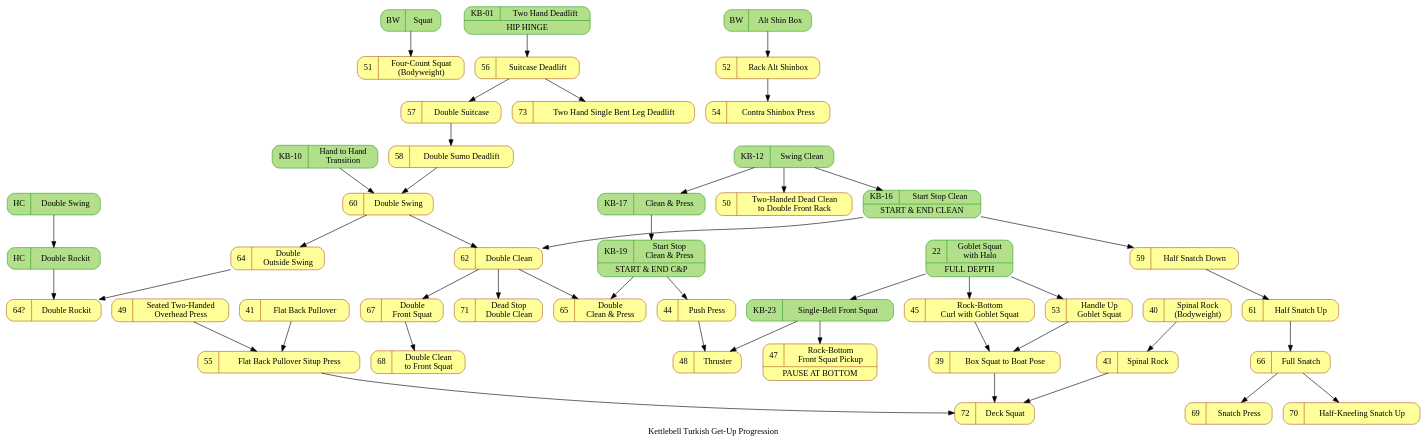
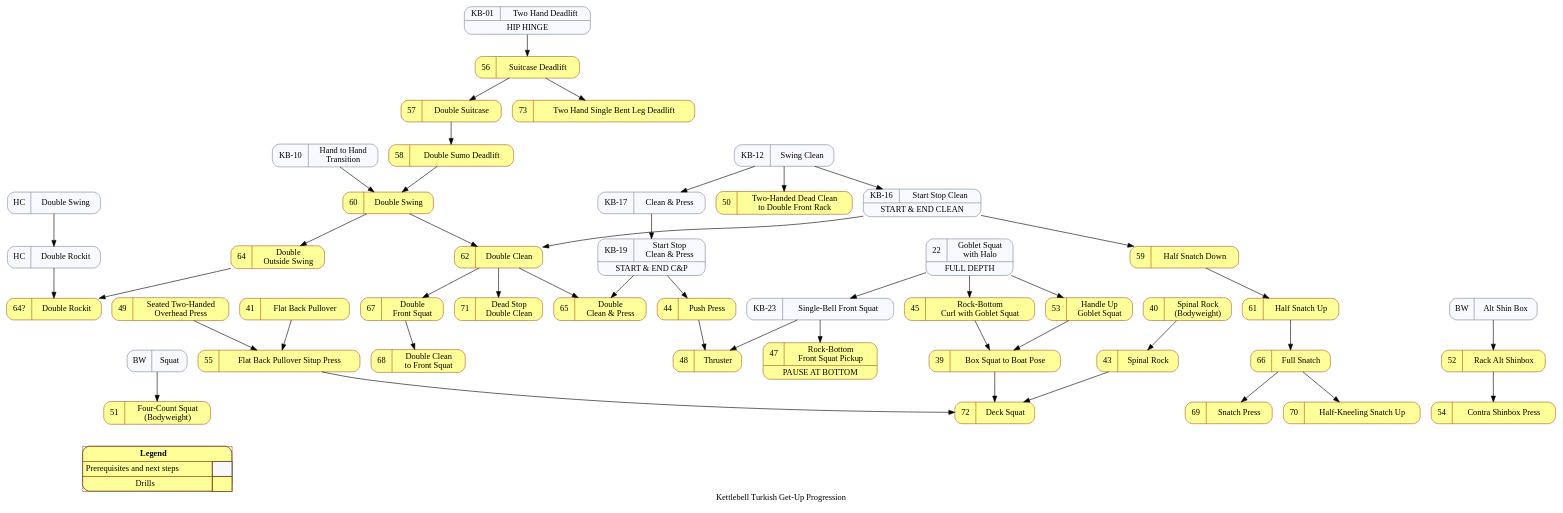
One commit to dznz/wildman-skill-trees changed the diagram in kb_progression_3.gv. Above: the diagram before and after it, drawn with Graphviz. The commit also changed 5 other files, not shown here.

```diff
--- a/kb_progression_3.gv
+++ b/kb_progression_3.gv
@@ -1,132 +1,150 @@
 digraph kb_progression {
   // Kettlebell Turkish Get-Up Progression Diagram © 2023
   // by dznz using knowledge from Mark Wildman is licensed
   // under CC BY-NC-SA 4.0 
   // http://creativecommons.org/licenses/by-nc-sa/4.0/
   label="Kettlebell Turkish Get-Up Progression"
   node [colorscheme="paired12"]
   node [shape=record]
   node [style="rounded,filled"]
   node [color=12, fillcolor=11]
 
   subgraph pre {
-    node [color=4, fillcolor=3]
+    node [color=lightslategrey, fillcolor=ghostwhite]
     ext_bw_squat       [label="{{BW|Squat}}"]
     ext_hc_dblswing    [label="{{HC|Double Swing}}"]
     ext_hc_dblrockit   [label="{{HC|Double Rockit}}"]
     ext_bw_altshinbox  [label="{{BW|Alt Shin Box}}"]
     mov_deadlift       [label="{{KB-01|Two Hand Deadlift}|HIP HINGE}"               URL="https://www.youtube.com/watch?v=x0XkmM34BPI&list=PLk4oYPJ7TXKhX8YqA2AVrfgs_pEF6p7KA&index=1"];
     mov_h2h            [label="{{KB-10|Hand to Hand\nTransition}}"                  URL="https://www.youtube.com/watch?v=0Uk0Rdm3QFs&list=PLk4oYPJ7TXKhX8YqA2AVrfgs_pEF6p7KA&index=10"]
     mov_clean          [label="KB-12|Swing Clean"                                   URL="https://www.youtube.com/watch?v=_nIsSXWs5iU&list=PLk4oYPJ7TXKhX8YqA2AVrfgs_pEF6p7KA&index=12"]
     mov_startstopclean [label="{{KB-16|Start Stop Clean}|START & END CLEAN}"        URL="https://www.youtube.com/watch?v=XbK3jxI0WNQ&list=PLk4oYPJ7TXKhX8YqA2AVrfgs_pEF6p7KA&index=16"]
     mov_cap            [label="KB-17|Clean & Press"                                 URL="https://www.youtube.com/watch?v=SSxB3m5qRas&list=PLk4oYPJ7TXKhX8YqA2AVrfgs_pEF6p7KA&index=17"]
     mov_startstopcap   [label="{{KB-19|Start Stop\nClean & Press}|START & END C&P}" URL="https://www.youtube.com/watch?v=dSj3kqbuois&list=PLk4oYPJ7TXKhX8YqA2AVrfgs_pEF6p7KA&index=19"]
     mov_gobsquathalo   [label="{{22|Goblet Squat\nwith Halo}|FULL DEPTH}"           URL="https://www.youtube.com/watch?v=cnZ8Mx8NQPE&list=PLk4oYPJ7TXKhX8YqA2AVrfgs_pEF6p7KA&index=22"]
     mov_racksquat      [label="{{KB-23|Single-Bell Front Squat}}"                   URL="https://www.youtube.com/watch?v=KTDVl0Lkdc4&list=PLk4oYPJ7TXKhX8YqA2AVrfgs_pEF6p7KA&index=23"]
   }
 
   mov_boxsquat2boat      [label="{{39|Box Squat to Boat Pose}}"              URL="https://www.youtube.com/watch?v=KTDVl0Lkdc4&list=PLk4oYPJ7TXKhX8YqA2AVrfgs_pEF6p7KA&index=41"]
   mov_bwspinalrock       [label="{{40|Spinal Rock\n(Bodyweight)}}"           URL="https://www.youtube.com/watch?v=KTDVl0Lkdc4&list=PLk4oYPJ7TXKhX8YqA2AVrfgs_pEF6p7KA&index=42"]
   mov_flatbackpullover   [label="{{41|Flat Back Pullover}}"                  URL="https://www.youtube.com/watch?v=KTDVl0Lkdc4&list=PLk4oYPJ7TXKhX8YqA2AVrfgs_pEF6p7KA&index=43"]
   // 42 in TGU diagram
   mov_spinalrock         [label="{{43|Spinal Rock}}"                         URL="https://www.youtube.com/watch?v=KTDVl0Lkdc4&list=PLk4oYPJ7TXKhX8YqA2AVrfgs_pEF6p7KA&index=48"]
   mov_pushpress          [label="{{44|Push Press}}"                          URL="https://www.youtube.com/watch?v=KTDVl0Lkdc4&list=PLk4oYPJ7TXKhX8YqA2AVrfgs_pEF6p7KA&index=49"]
   mov_gobsquatcurl       [label="{{45|Rock-Bottom\nCurl with Goblet Squat}}" URL="https://www.youtube.com/watch?v=KTDVl0Lkdc4&list=PLk4oYPJ7TXKhX8YqA2AVrfgs_pEF6p7KA&index=50"]
   // Missing 46
   mov_racksquatpickup    [label="{{47|Rock-Bottom\nFront Squat Pickup}|PAUSE AT BOTTOM}" URL="https://www.youtube.com/watch?v=KTDVl0Lkdc4&list=PLk4oYPJ7TXKhX8YqA2AVrfgs_pEF6p7KA&index=52"]
   mov_thruster           [label="{{48|Thruster}}"                                        URL="https://www.youtube.com/watch?v=KTDVl0Lkdc4&list=PLk4oYPJ7TXKhX8YqA2AVrfgs_pEF6p7KA&index=48"]
   mov_seatedpress        [label="{{49|Seated Two-Handed\nOverhead Press}}"               URL="https://www.youtube.com/watch?v=KTDVl0Lkdc4&list=PLk4oYPJ7TXKhX8YqA2AVrfgs_pEF6p7KA&index=54"]
   mov_2hdeadclean2rack   [label="{{50|Two-Handed Dead Clean\nto Double Front Rack}}"     URL="https://www.youtube.com/watch?v=acqKxfMGAbk&list=PLk4oYPJ7TXKhX8YqA2AVrfgs_pEF6p7KA&index=55"]
   mov_fourcountsquat     [label="{{51|Four-Count Squat\n(Bodyweight)}}"                  URL="https://www.youtube.com/watch?v=1rkGfL1EdWI"]
   mov_rackaltshinbox     [label="{{52|Rack Alt Shinbox}}"                                URL="https://www.youtube.com/watch?v=AoEYX36Q2Zg"]
   mov_hornygobsquat      [label="{{53|Handle Up\nGoblet Squat}}"                         URL="https://www.youtube.com/watch?v=i2AtDi4yZSA"]
   mov_shinboxpress       [label="{{54|Contra Shinbox Press}}"                            URL="https://www.youtube.com/watch?v=FEbi2lKVEHU"]
   mov_backpullsituppress [label="{{55|Flat Back Pullover Situp Press}}"                  URL="https://www.youtube.com/watch?v=KTDVl0Lkdc4&list=PLk4oYPJ7TXKhX8YqA2AVrfgs_pEF6p7KA&index=57"]
   mov_suitcasedl         [label="{{56|Suitcase Deadlift}}"                               URL="https://www.youtube.com/watch?v=d6i6MwVOmk0&list=PLk4oYPJ7TXKhX8YqA2AVrfgs_pEF6p7KA&index=58"];
   mov_dblsuitcase        [label="{{57|Double Suitcase}}"                                 URL="https://www.youtube.com/watch?v=4PSOSrDcGfc&list=PLk4oYPJ7TXKhX8YqA2AVrfgs_pEF6p7KA&index=59"];
   mov_dblsumodl          [label="{{58|Double Sumo Deadlift}}"                            URL="https://www.youtube.com/watch?v=gdutIla6nMw"];
   mov_halfsnatchdown     [label="{{59|Half Snatch Down}}"                                URL="https://www.youtube.com/watch?v=u2NbMtX_Rb0&list=PLk4oYPJ7TXKhX8YqA2AVrfgs_pEF6p7KA&index=60"];
   mov_dblswing           [label="{{60|Double Swing}}"                                    URL="https://www.youtube.com/watch?v=P5IFTJySA_s&list=PLk4oYPJ7TXKhX8YqA2AVrfgs_pEF6p7KA&index=61"];
   mov_halfsnatchup       [label="{{61|Half Snatch Up}}"                                  URL="https://www.youtube.com/watch?v=3HEmUyLYjjc"];
   mov_dblclean           [label="{{62|Double Clean}}"                                    URL="https://www.youtube.com/watch?v=Qe9ejhAtdGY&list=PLk4oYPJ7TXKhX8YqA2AVrfgs_pEF6p7KA&index=62"];
   //63?
   mov_dbloutswing        [label="{{64|Double\nOutside Swing}}"             URL="https://www.youtube.com/watch?v=yr_fRgGevsE"];
   mov_dblrockit          [label="{{64?|Double Rockit}}"                    URL="https://www.youtube.com/watch?v=zXB6hFrrBkA&list=PLk4oYPJ7TXKhX8YqA2AVrfgs_pEF6p7KA&index=63"];
   mov_dblcap             [label="{{65|Double\nClean & Press}}"             URL="https://www.youtube.com/watch?v=RizGV8ef--s"];
   mov_snatch             [label="{{66|Full Snatch}}"                       URL="https://www.youtube.com/watch?v=f-zkPiAlpQw&list=PLk4oYPJ7TXKhX8YqA2AVrfgs_pEF6p7KA&index=65"];
   mov_dblsquat           [label="{{67|Double\nFront Squat}}"               URL="https://www.youtube.com/watch?v=dX5yXJa5Dm0&list=PLk4oYPJ7TXKhX8YqA2AVrfgs_pEF6p7KA&index=66"];
   mov_dblclean2squat     [label="{{68|Double Clean\nto Front Squat}}"      URL="https://www.youtube.com/watch?v=R3s6Wb_ApHM"];
   mov_snatchpress        [label="{{69|Snatch Press}}"                      URL="https://www.youtube.com/watch?v=IzFPa_Q1yHM&list=PLk4oYPJ7TXKhX8YqA2AVrfgs_pEF6p7KA&index=67"];
   mov_kneelsnatchup      [label="{{70|Half-Kneeling Snatch Up}}"           URL="https://www.youtube.com/watch?v=1_UrK5SopL4"];
   mov_deaddblclean       [label="{{71|Dead Stop\nDouble Clean}}"           URL="https://www.youtube.com/watch?v=22bKQqMqAQY"];
   mov_deck               [label="{{72|Deck Squat}}"                        URL="https://www.youtube.com/watch?v=vUJ3sZVwZ4Y"];
   mov_2hsbldl            [label="{{73|Two Hand Single Bent Leg Deadlift}}" URL="https://www.youtube.com/watch?v=-RD1qqe7P8M"];
 
   // Precursor dependencies
   ext_bw_squat -> mov_fourcountsquat
   ext_bw_altshinbox -> mov_rackaltshinbox;
   ext_hc_dblswing -> ext_hc_dblrockit;
   ext_hc_dblrockit -> mov_dblrockit;
   mov_h2h -> mov_dblswing;
   mov_gobsquathalo -> mov_racksquat;
   mov_clean -> mov_startstopclean;
   mov_clean -> mov_2hdeadclean2rack;
   mov_clean -> mov_cap;
   mov_cap -> mov_startstopcap;
   mov_startstopcap -> mov_pushpress;
   mov_gobsquatcurl -> mov_boxsquat2boat;
   mov_hornygobsquat -> mov_boxsquat2boat;
   mov_gobsquathalo -> mov_gobsquatcurl;
   mov_gobsquathalo -> mov_hornygobsquat;
   mov_racksquat -> mov_racksquatpickup;
   mov_racksquat -> mov_thruster;
   mov_startstopclean -> mov_dblclean;
   mov_startstopclean -> mov_halfsnatchdown;
   mov_startstopcap -> mov_dblcap;
   mov_deadlift -> mov_suitcasedl;
 
 
   // Ungrouped drills
   mov_pushpress -> mov_thruster;
   mov_backpullsituppress -> mov_deck;
   mov_suitcasedl -> mov_dblsuitcase;
   mov_suitcasedl -> mov_2hsbldl;
 
   subgraph custer_double {
     label="Doubles"
     mov_dbloutswing -> mov_dblrockit
     mov_dblsuitcase -> mov_dblsumodl;
     mov_dblswing -> mov_dblclean;
     mov_dblclean -> mov_dblcap;
     mov_dblclean -> mov_dblsquat;
     mov_dblsquat -> mov_dblclean2squat;
     mov_dblclean -> mov_deaddblclean;
     mov_dblsumodl -> mov_dblswing;
     mov_dblswing -> mov_dbloutswing;
   }
 
   subgraph custer_snatch {
     label="Snatch"
     mov_halfsnatchdown -> mov_halfsnatchup -> mov_snatch;
     mov_snatch -> mov_snatchpress;
     mov_snatch -> mov_kneelsnatchup;
   }
 
   subgraph custer_squat {
     label="Squats & Getup"
 
     // Getups
     mov_rackaltshinbox -> mov_shinboxpress
     mov_flatbackpullover -> mov_backpullsituppress;
     mov_seatedpress -> mov_backpullsituppress;
 
     // Squats
     mov_boxsquat2boat -> mov_deck;
     mov_bwspinalrock -> mov_spinalrock;
     mov_spinalrock -> mov_deck;
     mov_gobsquatcurl
     mov_racksquatpickup
     mov_fourcountsquat
     mov_hornygobsquat
   }
+
+  { rank = sink;
+    Legend [shape=none, margin=0, label=<
+    <TABLE BORDER="0" CELLBORDER="1" CELLSPACING="0" CELLPADDING="4">
+     <TR>
+      <TD COLSPAN="2"><B>Legend</B></TD>
+     </TR>
+     <TR>
+      <TD>Prerequisites and next steps</TD>
+      <TD BGCOLOR="ghostwhite">&nbsp;&nbsp;&nbsp;&nbsp;&nbsp;</TD>
+     </TR>
+     <TR>
+      <TD>Drills</TD>
+      <TD BGCOLOR="11"></TD>
+     </TR>
+    </TABLE>
+   >];
+  }
 }
```
